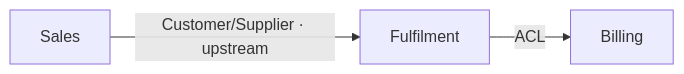
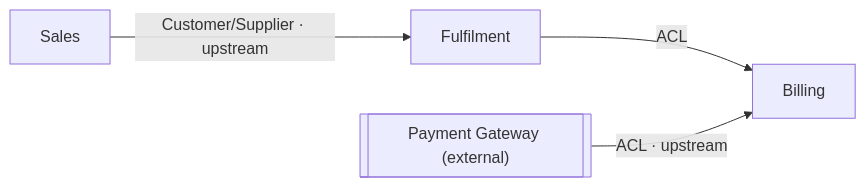
One commit to mtrense/skills changed the diagram in domain-driven/skills/context-mapping/SKILL.md. Above: the diagram before and after it, drawn with Mermaid. The commit also changed other lines of this file and 10 other files, not shown here.

````diff
--- a/domain-driven/skills/context-mapping/SKILL.md
+++ b/domain-driven/skills/context-mapping/SKILL.md
@@ -80,5 +89,6 @@
 ```mermaid
 flowchart LR
   Sales -->|Customer/Supplier · upstream| Fulfilment
   Fulfilment -->|ACL| Billing
+  PaymentGateway[["Payment Gateway (external)"]] -->|ACL · upstream| Billing
 ```
````
